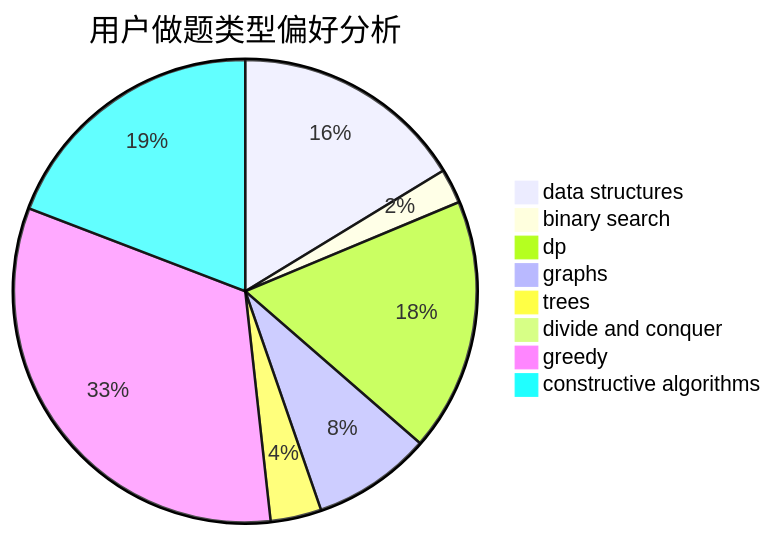
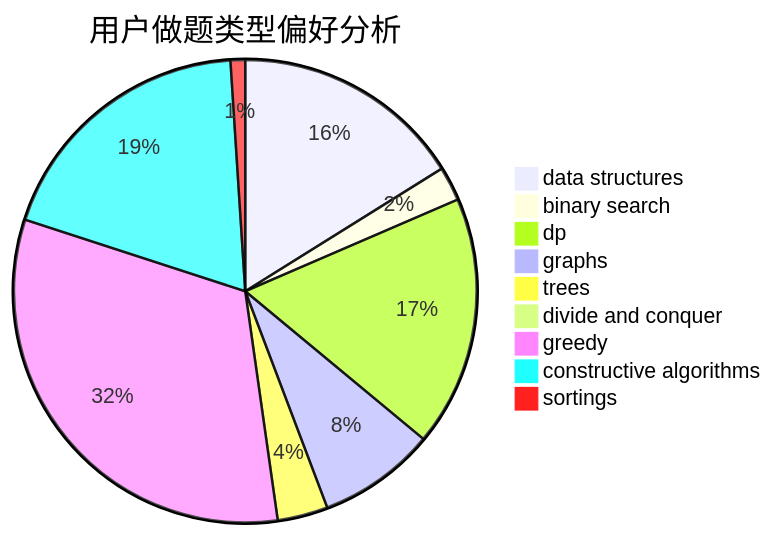
One commit to sherpahu/cfrs.github.io changed the second of 3 diagrams in docs/user/u2380.md. Above: the diagram before and after it, drawn with Mermaid. The commit also changed other lines of this file and 2769 other files, not shown here.

````diff
--- a/docs/user/u2380.md
+++ b/docs/user/u2380.md
@@ -23,11 +18,12 @@
 ```mermaid
 pie title 用户做题类型偏好分析
     "data structures" :  316
     "binary search" :  47
     "dp" :  343
     "graphs" :  161
     "trees" :  69
     "divide and conquer" :  2
     "greedy" :  632
     "constructive algorithms" :  372
+    "sortings" :  20
 ```
````
